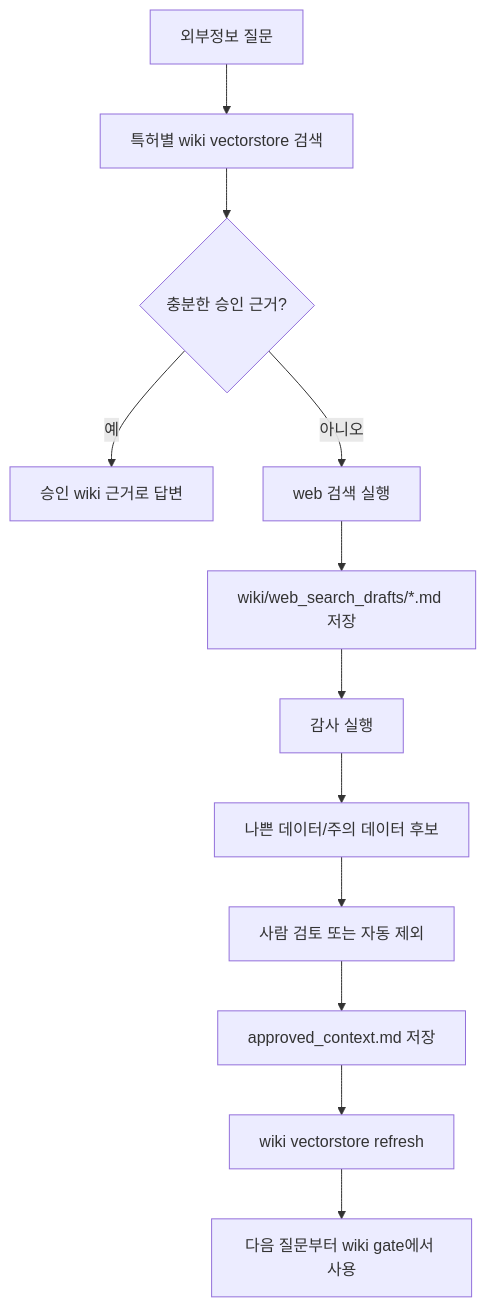
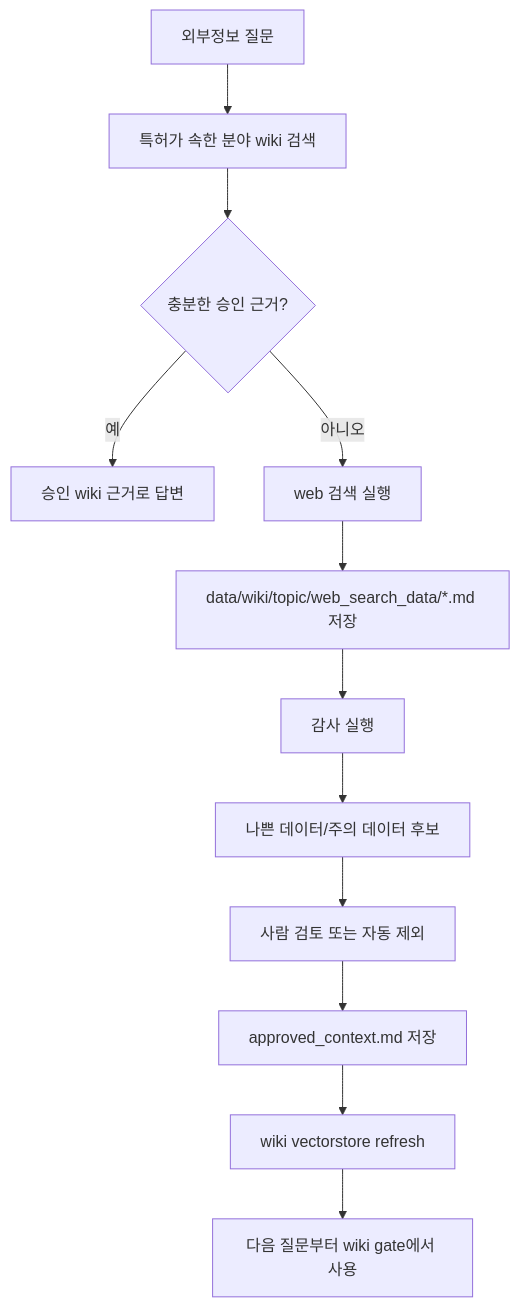
The fourth of 4 diagrams in chatbot/docs/CHATBOT_ARCHITECTURE_AND_USAGE.md (skipers/skipa-ai-server), drawn with Mermaid before and after one commit. The commit also changed other lines of this file and 6 other files, not shown here.

````diff
--- a/chatbot/docs/CHATBOT_ARCHITECTURE_AND_USAGE.md
+++ b/chatbot/docs/CHATBOT_ARCHITECTURE_AND_USAGE.md
@@ -216,14 +229,14 @@
 ```mermaid
 flowchart TD
-  WQ[외부정보 질문] --> GATE[특허별 wiki vectorstore 검색]
+  WQ[외부정보 질문] --> GATE[특허가 속한 분야 wiki 검색]
   GATE --> OK{충분한 승인 근거?}
   OK -->|예| ANSWER[승인 wiki 근거로 답변]
   OK -->|아니오| WEB[web 검색 실행]
-  WEB --> DRAFT[wiki/web_search_drafts/*.md 저장]
+  WEB --> DRAFT[data/wiki/topic/web_search_data/*.md 저장]
   DRAFT --> AUDIT[감사 실행]
   AUDIT --> BAD[나쁜 데이터/주의 데이터 후보]
   BAD --> REVIEW[사람 검토 또는 자동 제외]
   REVIEW --> APPROVED[approved_context.md 저장]
   APPROVED --> REFRESH[wiki vectorstore refresh]
   REFRESH --> NEXT[다음 질문부터 wiki gate에서 사용]
 ```
````
